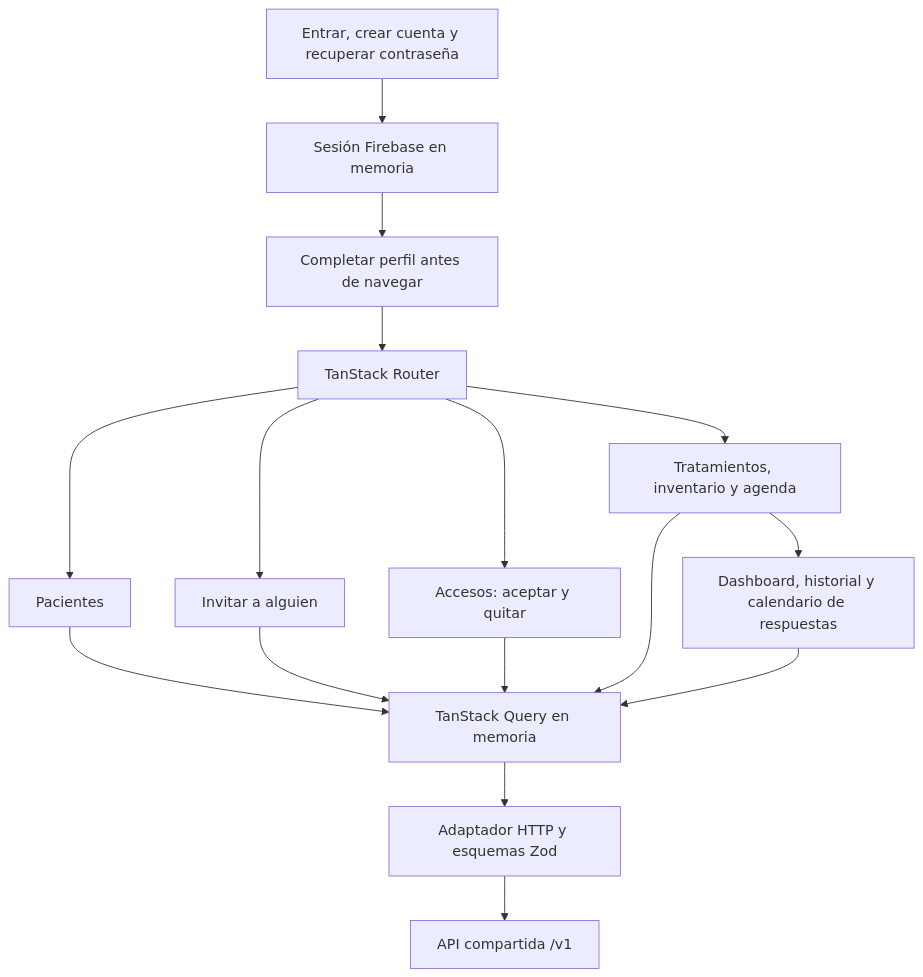
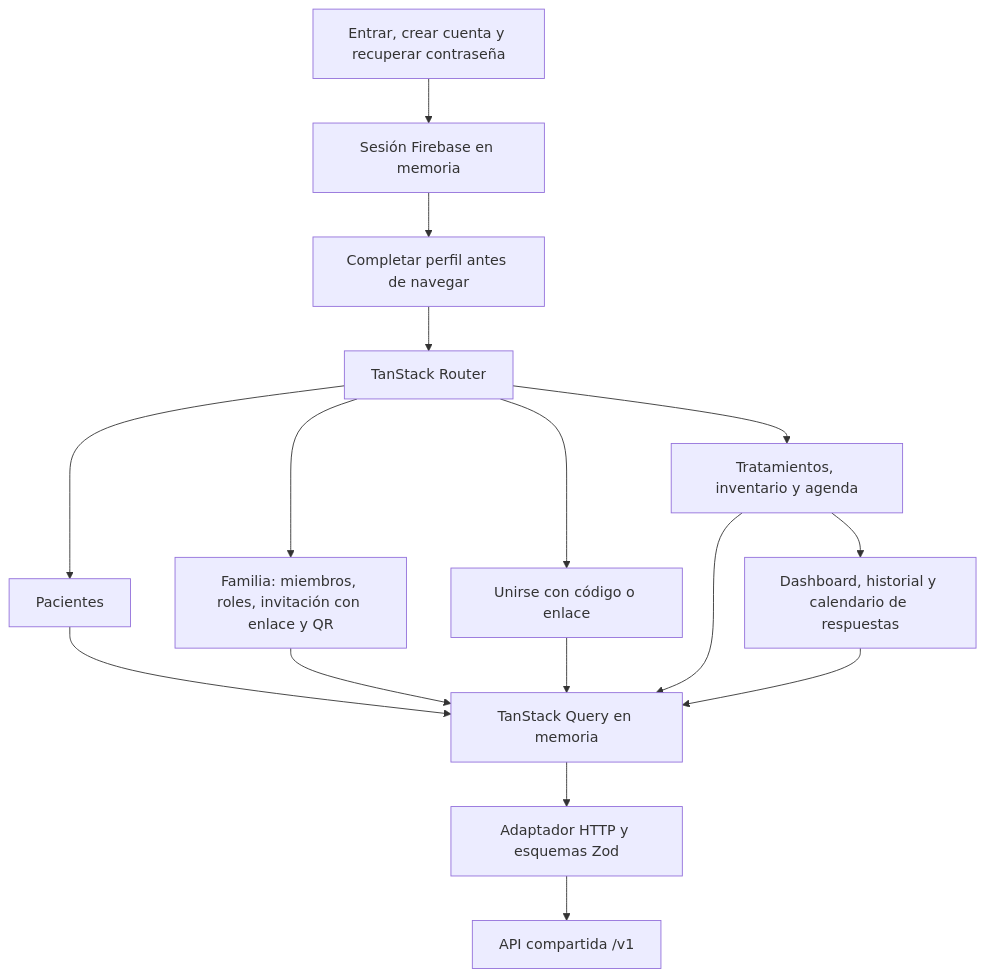
Before and after one commit to Nandem1/nndsk-medication-tracker: the diagram in apps/web/docs/00-home.md, drawn with Mermaid. The commit also changed other lines of this file and 32 other files, not shown here.

First line of the commit message:
feat: familia, unirse por enlace y renovación visual del portal

````diff
--- a/apps/web/docs/00-home.md
+++ b/apps/web/docs/00-home.md
@@ -5,18 +5,18 @@
 ```mermaid
 flowchart TB
     Login[Entrar, crear cuenta y recuperar contraseña] --> Session[Sesión Firebase en memoria]
     Session --> Profile[Completar perfil antes de navegar]
     Profile --> Router[TanStack Router]
     Router --> Patients[Pacientes]
-    Router --> Invite[Invitar a alguien]
-    Router --> Consent[Accesos: aceptar y quitar]
+    Router --> Family[Familia: miembros, roles, invitación con enlace y QR]
+    Router --> Join[Unirse con código o enlace]
     Router --> Patient[Tratamientos, inventario y agenda]
     Patient --> Dashboard[Dashboard, historial y calendario de respuestas]
     Patients --> Query[TanStack Query en memoria]
-    Invite --> Query
-    Consent --> Query
+    Family --> Query
+    Join --> Query
     Patient --> Query
     Dashboard --> Query
     Query --> Adapter[Adaptador HTTP y esquemas Zod]
     Adapter --> API[API compartida /v1]
 ```
````
